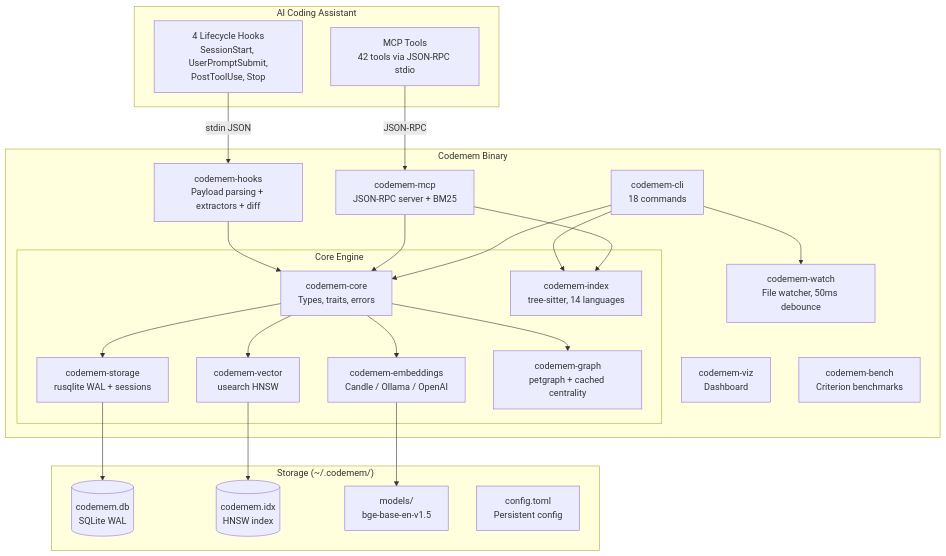
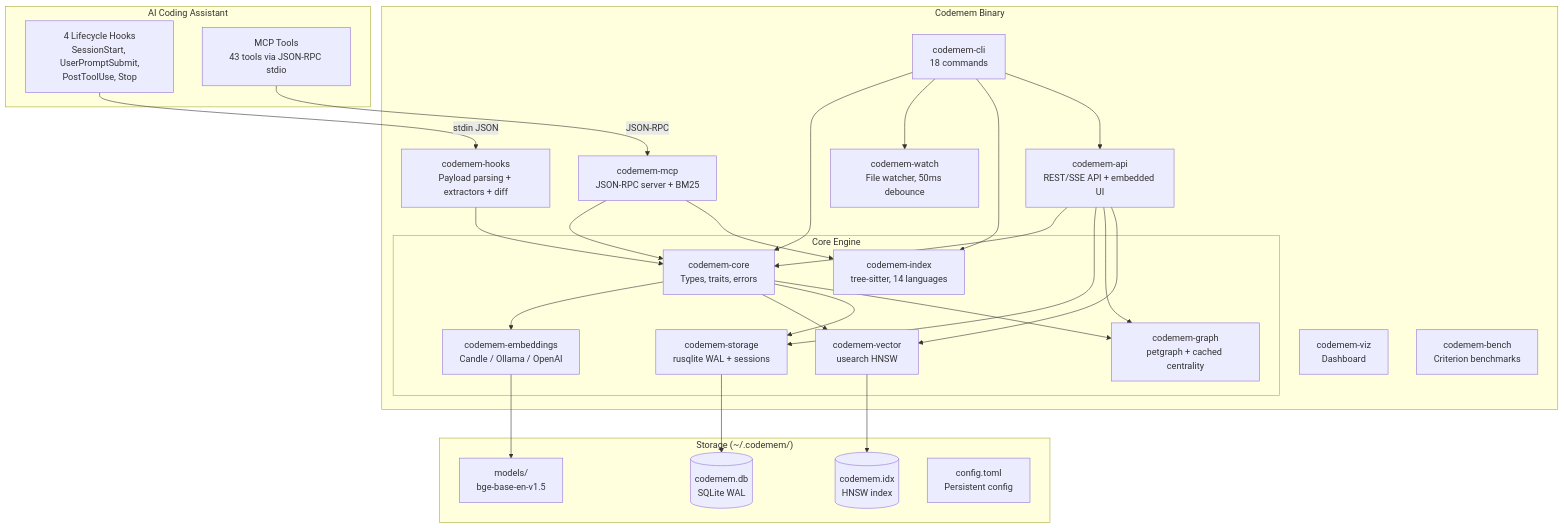
Before and after one commit to cogniplex/codemem: the first of 10 diagrams in docs/architecture.md, drawn with Mermaid. The commit also changed other lines of this file and 5 other files, not shown here.

````diff
--- a/docs/architecture.md
+++ b/docs/architecture.md
@@ -19,49 +19,55 @@
 ```mermaid
 graph TB
     subgraph "AI Coding Assistant"
         H[4 Lifecycle Hooks<br/>SessionStart, UserPromptSubmit,<br/>PostToolUse, Stop]
-        M[MCP Tools<br/>42 tools via JSON-RPC stdio]
+        M[MCP Tools<br/>43 tools via JSON-RPC stdio]
     end
 
     subgraph "Codemem Binary"
         CLI[codemem-cli<br/>18 commands]
         HOOKS[codemem-hooks<br/>Payload parsing + extractors + diff]
         MCP[codemem-mcp<br/>JSON-RPC server + BM25]
         WATCH[codemem-watch<br/>File watcher, 50ms debounce]
 
         subgraph "Core Engine"
             CORE[codemem-core<br/>Types, traits, errors]
             EMB[codemem-embeddings<br/>Candle / Ollama / OpenAI]
             VEC[codemem-vector<br/>usearch HNSW]
             STORE[codemem-storage<br/>rusqlite WAL + sessions]
             GRAPH[codemem-graph<br/>petgraph + cached centrality]
             IDX[codemem-index<br/>tree-sitter, 14 languages]
         end
 
+        API[codemem-api<br/>REST/SSE API + embedded UI]
         VIZ[codemem-viz<br/>Dashboard]
         BENCH[codemem-bench<br/>Criterion benchmarks]
     end
 
     subgraph "Storage (~/.codemem/)"
         DB[(codemem.db<br/>SQLite WAL)]
         HNSW[(codemem.idx<br/>HNSW index)]
         MODEL[models/<br/>bge-base-en-v1.5]
         CONF[config.toml<br/>Persistent config]
     end
 
     H -->|stdin JSON| HOOKS
     M -->|JSON-RPC| MCP
     HOOKS --> CORE
     MCP --> CORE
     CLI --> CORE
     CLI --> WATCH
     CORE --> EMB
     CORE --> VEC
     CORE --> STORE
     CORE --> GRAPH
     CLI --> IDX
+    CLI --> API
     MCP --> IDX
+    API --> CORE
+    API --> STORE
+    API --> GRAPH
+    API --> VEC
     STORE --> DB
     VEC --> HNSW
     EMB --> MODEL
 ```
````
